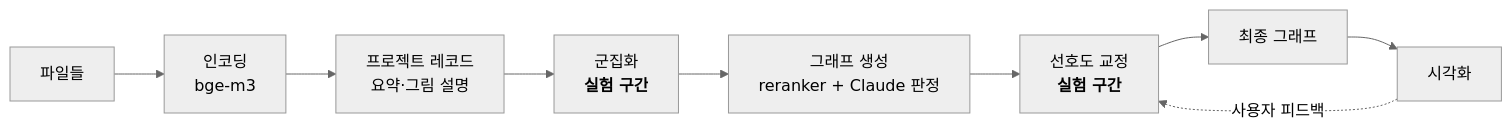
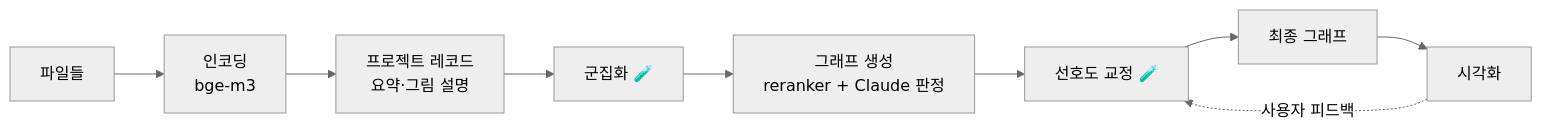
The diagram in README.md (mumbumble/AI618_ProjectWiki), drawn with Mermaid (neutral theme) before and after one commit. The commit also changed other lines of this file and 69 other files, not shown here.

````diff
--- a/README.md
+++ b/README.md
@@ -13,7 +13,7 @@
 ```mermaid
 flowchart LR
   A[파일들] --> B[인코딩<br/>bge-m3] --> C[프로젝트 레코드<br/>요약·그림 설명]
-  C --> D[군집화<br/><b>실험 구간</b>] --> E[그래프 생성<br/>reranker + Claude 판정]
-  E --> F[선호도 교정<br/><b>실험 구간</b>] --> G[최종 그래프] --> H[시각화]
+  C --> D[군집화 🧪] --> E[그래프 생성<br/>reranker + Claude 판정]
+  E --> F[선호도 교정 🧪] --> G[최종 그래프] --> H[시각화]
   H -. 사용자 피드백 .-> F
 ```
````
